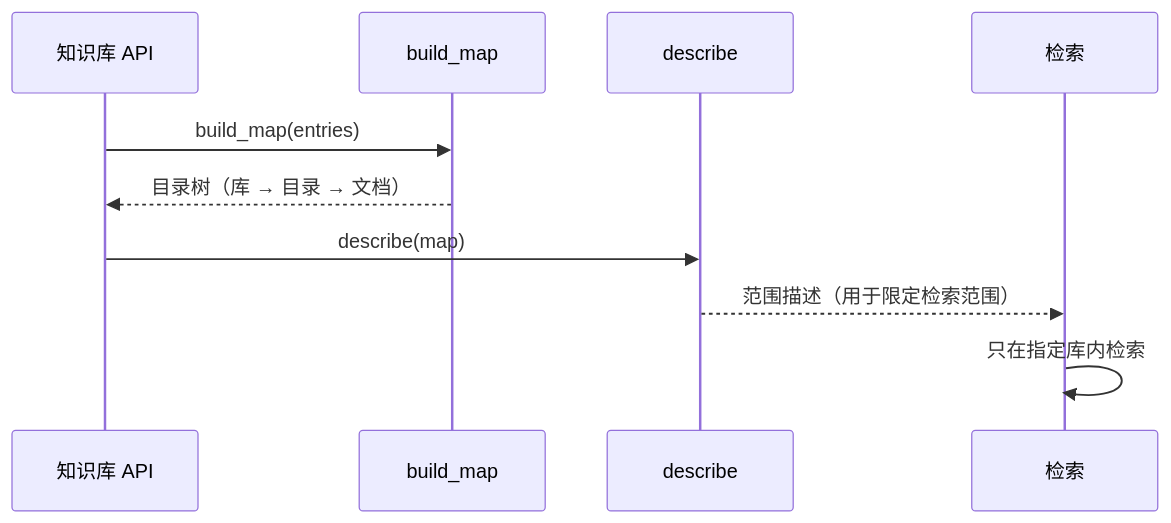
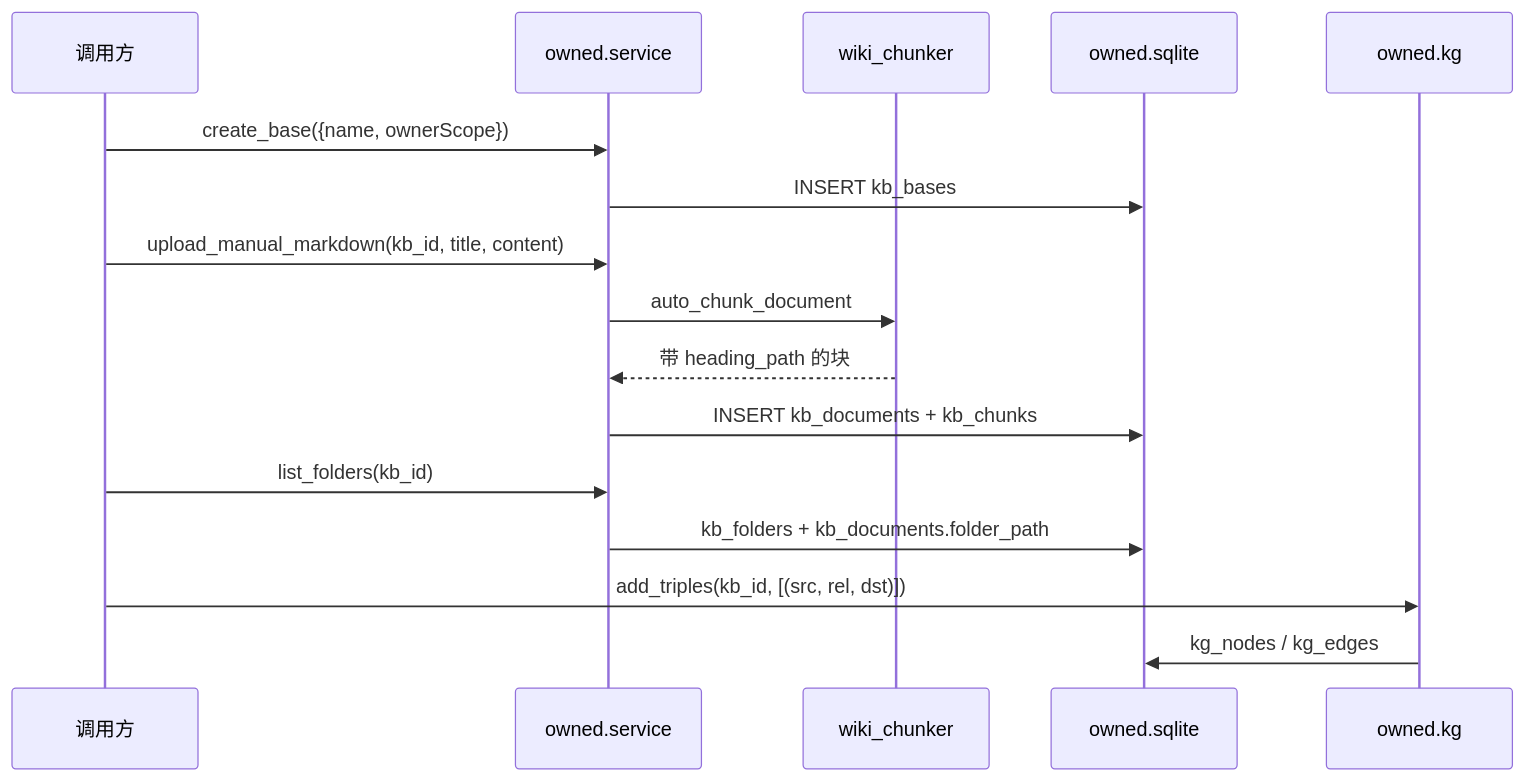
Before and after one commit to G0-000/agent-book: the diagram in work-agent-harness/doc/evoflow-学习规划/05-知识库与代码理解/03-Owned-Knowledge与知识地图.md, drawn with Mermaid. The commit also changed other lines of this file and 18 other files, not shown here.

````diff
--- a/work-agent-harness/doc/evoflow-学习规划/05-知识库与代码理解/03-Owned-Knowledge与知识地图.md
+++ b/work-agent-harness/doc/evoflow-学习规划/05-知识库与代码理解/03-Owned-Knowledge与知识地图.md
@@ -13,12 +19,18 @@
 ```mermaid
 sequenceDiagram
-    participant A as 知识库 API
-    participant B as build_map
-    participant D as describe
-    participant R as 检索
-    A->>B: build_map(entries)
-    B-->>A: 目录树（库 → 目录 → 文档）
-    A->>D: describe(map)
-    D-->>R: 范围描述（用于限定检索范围）
-    R->>R: 只在指定库内检索
+    participant A as 调用方
+    participant S as owned.service
+    participant P as wiki_chunker
+    participant D as owned.sqlite
+    participant G as owned.kg
+    A->>S: create_base({name, ownerScope})
+    S->>D: INSERT kb_bases
+    A->>S: upload_manual_markdown(kb_id, title, content)
+    S->>P: auto_chunk_document
+    P-->>S: 带 heading_path 的块
+    S->>D: INSERT kb_documents + kb_chunks
+    A->>S: list_folders(kb_id)
+    S->>D: kb_folders + kb_documents.folder_path
+    A->>G: add_triples(kb_id, [(src, rel, dst)])
+    G->>D: kg_nodes / kg_edges
 ```
````
